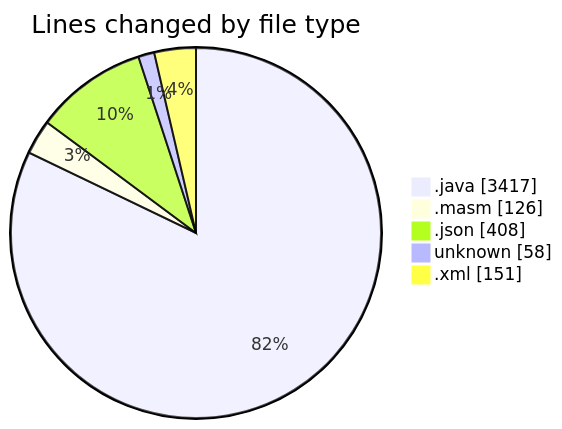
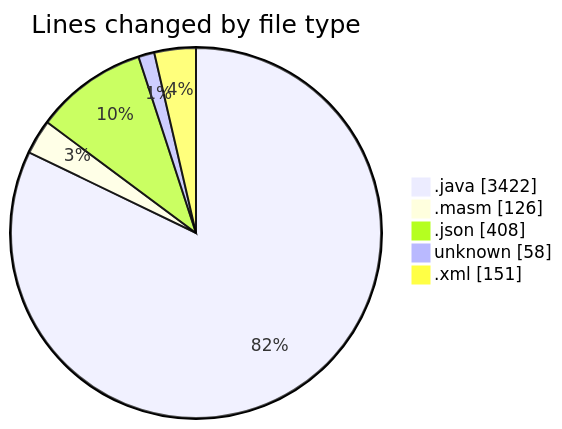
The first of 2 diagrams in 2025-02-19/masm/README.md (charlie-sans/code-tracking), drawn with Mermaid before and after one commit. The commit also changed other lines of this file and 1 other file, not shown here.

````diff
--- a/2025-02-19/masm/README.md
+++ b/2025-02-19/masm/README.md
@@ -41,9 +41,9 @@
 ```mermaid
 pie showData
 title Lines changed by file type
-".java" : 3417
+".java" : 3422
 ".masm" : 126
 ".json" : 408
 "unknown" : 58
 ".xml" : 151
 ```
````
